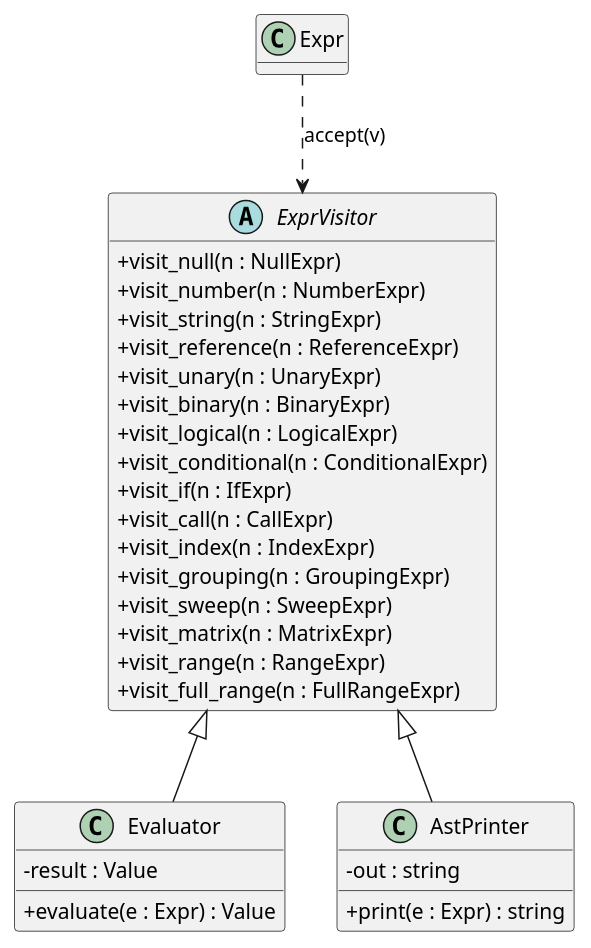
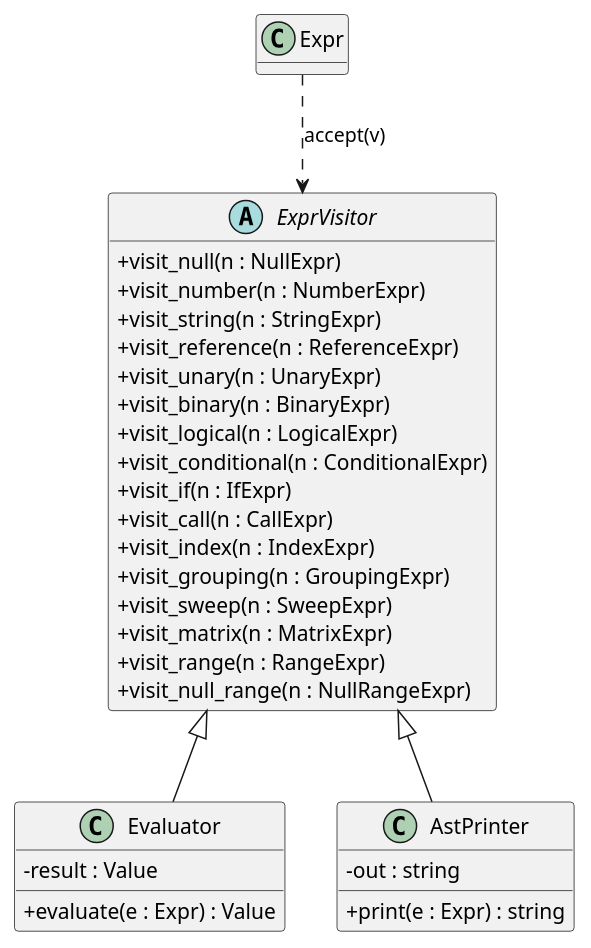
The third of 4 diagrams in REL_AST_Design.md (smile-zyk/REL), drawn with PlantUML before and after one commit. The commit also changed other lines of this file and 10 other files, not shown here.

````diff
--- a/REL_AST_Design.md
+++ b/REL_AST_Design.md
@@ -215,39 +215,39 @@
 ```plantuml
 @startuml
 skinparam classAttributeIconSize 0
 hide empty fields
 
 abstract class ExprVisitor {
   +visit_null(n : NullExpr)
   +visit_number(n : NumberExpr)
   +visit_string(n : StringExpr)
   +visit_reference(n : ReferenceExpr)
   +visit_unary(n : UnaryExpr)
   +visit_binary(n : BinaryExpr)
   +visit_logical(n : LogicalExpr)
   +visit_conditional(n : ConditionalExpr)
   +visit_if(n : IfExpr)
   +visit_call(n : CallExpr)
   +visit_index(n : IndexExpr)
   +visit_grouping(n : GroupingExpr)
   +visit_sweep(n : SweepExpr)
   +visit_matrix(n : MatrixExpr)
   +visit_range(n : RangeExpr)
-  +visit_full_range(n : FullRangeExpr)
+  +visit_null_range(n : NullRangeExpr)
 }
 
 class Evaluator {
   -result : Value
   +evaluate(e : Expr) : Value
 }
 
 class AstPrinter {
   -out : string
   +print(e : Expr) : string
 }
 
 ExprVisitor <|-- Evaluator
 ExprVisitor <|-- AstPrinter
 Expr ..> ExprVisitor : accept(v)
 @enduml
 ```
````
